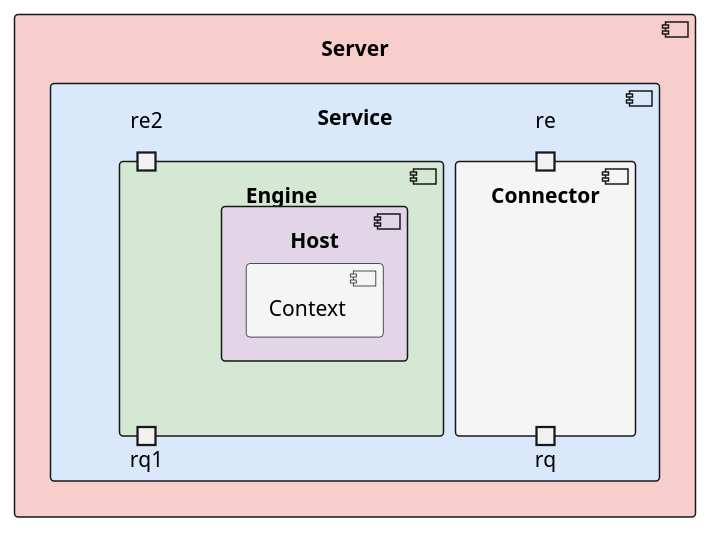
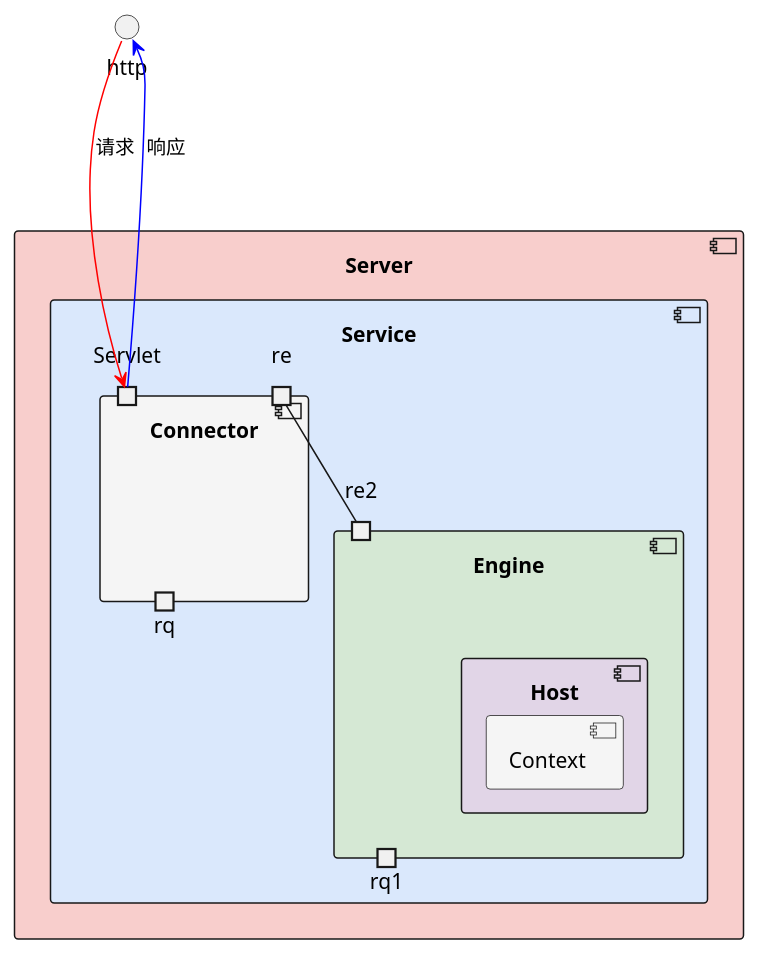
The diagram in language/java/tomcat/index.adoc (Nuclear-Liu/tutorials), drawn with PlantUML before and after one commit. The commit also changed other lines of this file and 2 other files, not shown here.

```diff
--- a/language/java/tomcat/index.adoc
+++ b/language/java/tomcat/index.adoc
@@ -116,21 +118,25 @@
 [plantuml, format="svg", id="tomcat-component"]
 ----
 @startuml
 skinparam componentStyle uml2
 component Server #F8CECC {
 component Service #DAE8FC {
 component Connector #F5F5F5 {
 portin re
 portout rq
+port Servlet
 }
 component Engine #D5E8D4 {
 portin re2
 portout rq1
 component Host #E1D5E7 {
 component Context #F5F5F5
 }
 }
 }
 }
+http --> Servlet #RED : 请求
+http <--- Servlet #BLUE : 响应
+re -- re2
 @enduml
 ----
```
